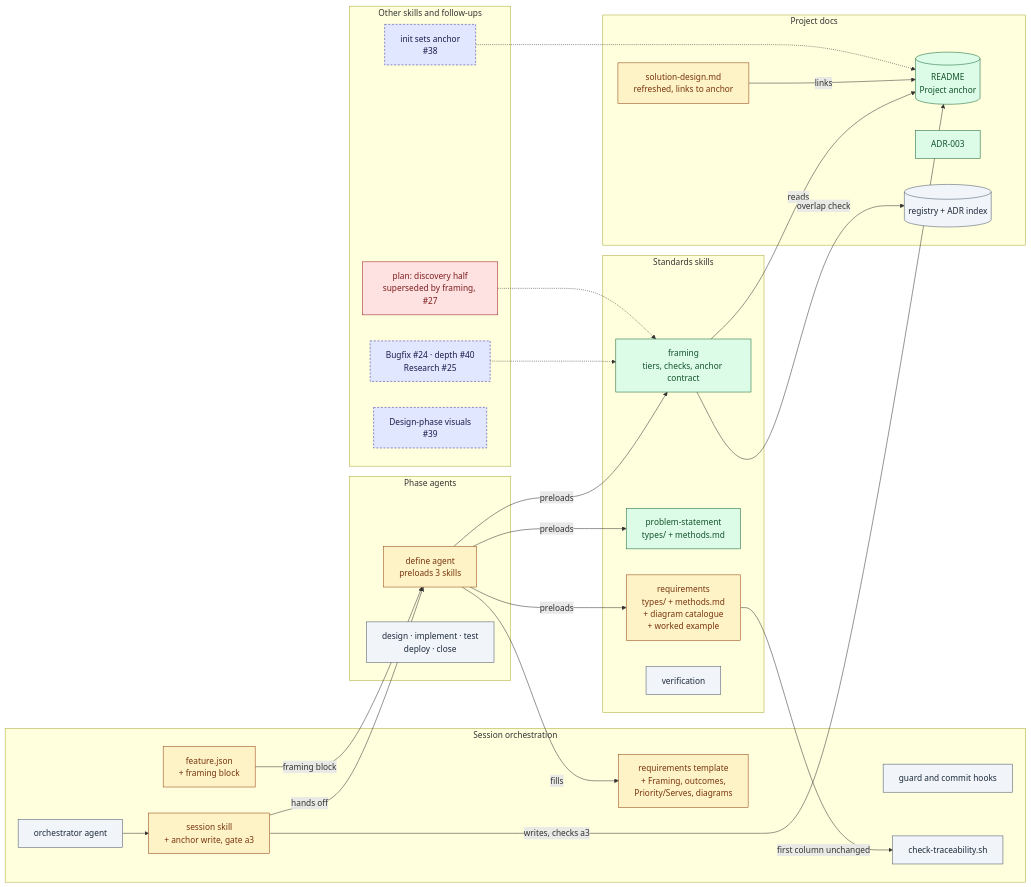
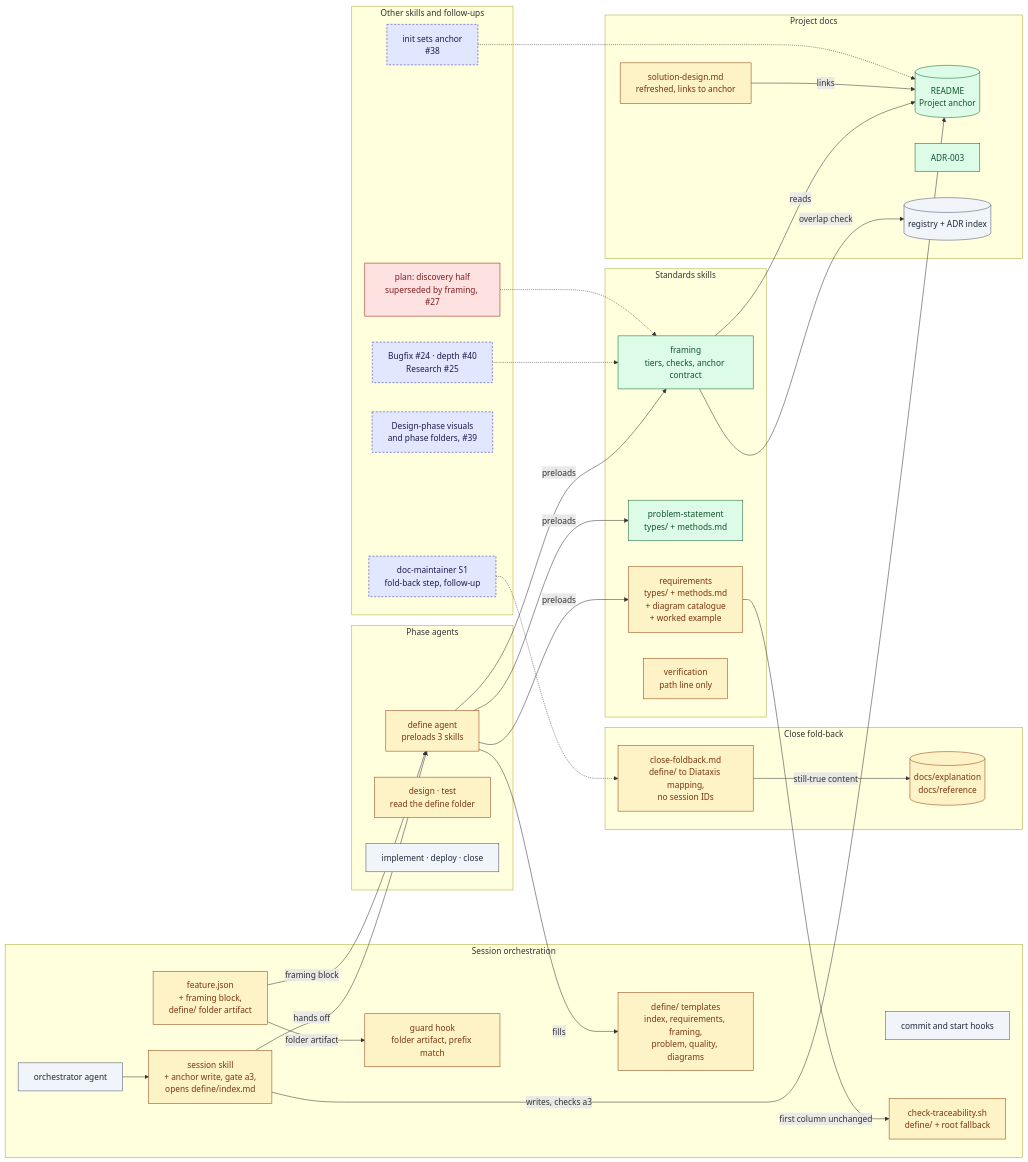
Before and after one commit to dkoenawan/compass-labs: the third of 4 diagrams in docs/sessions/2026-09-25-define-phase-depth/design.md, drawn with Mermaid. The commit also changed other lines of this file and 1 other file, not shown here.

Commit message:
docs(sessions): design.md adds artifact view, define/ layout and Close fold-back (DES-019..023, D12–D14) — #23

````diff
--- a/docs/sessions/2026-09-25-define-phase-depth/design.md
+++ b/docs/sessions/2026-09-25-define-phase-depth/design.md
@@ -131,53 +268,63 @@
 ```mermaid
 flowchart LR
   classDef new fill:#DCFCE7,stroke:#166534,color:#14532D
   classDef changed fill:#FEF3C7,stroke:#92400E,color:#78350F
   classDef unchanged fill:#F1F5F9,stroke:#475569,color:#1E293B
   classDef planned fill:#E0E7FF,stroke:#3730A3,color:#1E1B4B,stroke-dasharray:4 3
   classDef superseded fill:#FEE2E2,stroke:#991B1B,color:#7F1D1D
 
   subgraph ORCH["Session orchestration"]
     OA[orchestrator agent]:::unchanged
-    SS[session skill<br/>+ anchor write, gate a3]:::changed
-    FJ[feature.json<br/>+ framing block]:::changed
-    RT[requirements template<br/>+ Framing, outcomes,<br/>Priority/Serves, diagrams]:::changed
-    HK[guard and commit hooks]:::unchanged
-    TR[check-traceability.sh]:::unchanged
+    SS[session skill<br/>+ anchor write, gate a3,<br/>opens define/index.md]:::changed
+    FJ[feature.json<br/>+ framing block,<br/>define/ folder artifact]:::changed
+    RT[define/ templates<br/>index, requirements, framing,<br/>problem, quality, diagrams]:::changed
+    HK[guard hook<br/>folder artifact, prefix match]:::changed
+    CH[commit and start hooks]:::unchanged
+    TR[check-traceability.sh<br/>define/ + root fallback]:::changed
   end
   subgraph AG["Phase agents"]
     DA[define agent<br/>preloads 3 skills]:::changed
-    LA[design · implement · test<br/>deploy · close]:::unchanged
+    LA1["design · test<br/>read the define folder"]:::changed
+    LA2[implement · deploy · close]:::unchanged
   end
   subgraph STD["Standards skills"]
     FR[framing<br/>tiers, checks, anchor contract]:::new
     PSK[problem-statement<br/>types/ + methods.md]:::new
     RQK[requirements<br/>types/ + methods.md<br/>+ diagram catalogue<br/>+ worked example]:::changed
-    VR[verification]:::unchanged
+    VR[verification<br/>path line only]:::changed
   end
   subgraph DOCS["Project docs"]
     AN[("README<br/>Project anchor")]:::new
     SD[solution-design.md<br/>refreshed, links to anchor]:::changed
     ADR[ADR-003]:::new
     REG[("registry + ADR index")]:::unchanged
   end
   subgraph LATER["Other skills and follow-ups"]
     PL[plan: discovery half<br/>superseded by framing, #27]:::superseded
     IN[init sets anchor<br/>#38]:::planned
     BRS[Bugfix #24 · depth #40<br/>Research #25]:::planned
-    DV[Design-phase visuals<br/>#39]:::planned
+    DV[Design-phase visuals<br/>and phase folders, #39]:::planned
+    DM[doc-maintainer S1<br/>fold-back step, follow-up]:::planned
   end
+  subgraph CLOSE["Close fold-back"]
+    CF[close-foldback.md<br/>define/ to Diataxis mapping,<br/>no session IDs]:::changed
+    DT[("docs/explanation<br/>docs/reference")]:::changed
+  end
+  CF -->|"still-true content"| DT
+  DM -.-> CF
 
   OA --> SS
   SS -- hands off --> DA
   FJ -- framing block --> DA
+  FJ -->|"folder artifact"| HK
   DA -- preloads --> FR & PSK & RQK
   DA -- fills --> RT
   FR -- reads --> AN
   FR -- overlap check --> REG
   SS -- writes, checks a3 --> AN
-  RQK -- first column unchanged --> TR
+  RQK -->|"first column unchanged"| TR
   SD -- links --> AN
   IN -.-> AN
   BRS -.-> FR
   PL -.-> FR
 ```
````
